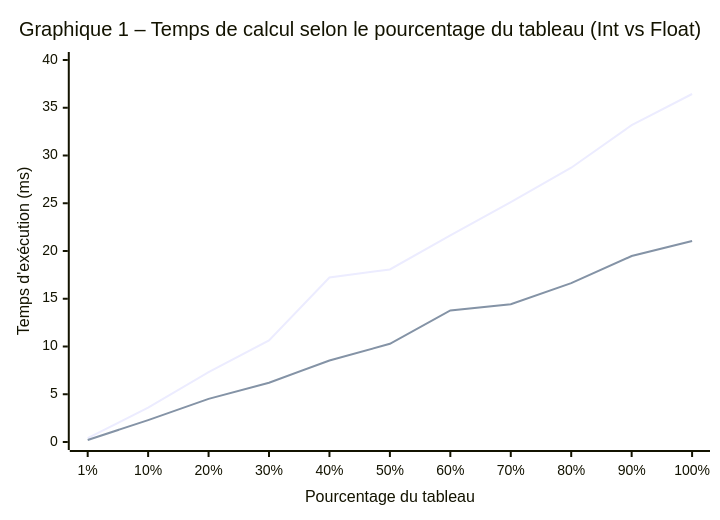
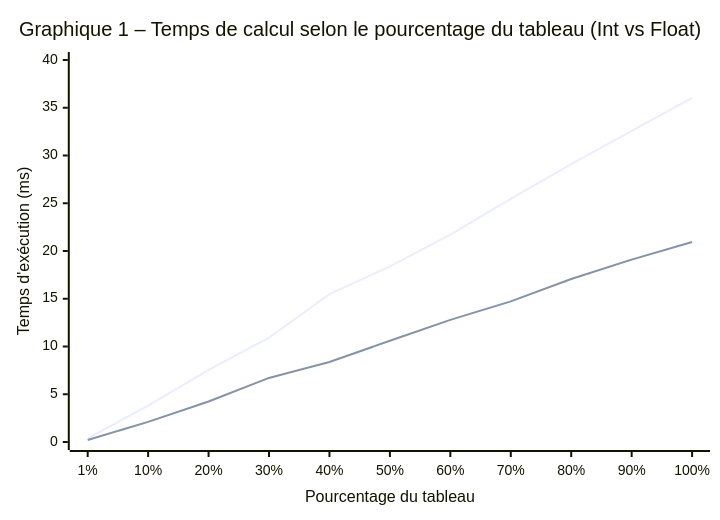
The diagram in TN4/Results-and-Instructions/Resultats-benchmarks-et-captures.md (moyamelissa/INF2007---Advanved-Programming), drawn with Mermaid before and after one commit. The commit also changed other lines of this file and 5 other files, not shown here.

````diff
--- a/TN4/Results-and-Instructions/Resultats-benchmarks-et-captures.md
+++ b/TN4/Results-and-Instructions/Resultats-benchmarks-et-captures.md
@@ -59,9 +59,9 @@
 ```mermaid
 %%{init: {'theme': 'default', 'themeVariables': {'xyChart': {'backgroundColor': '#ffffff'}}}}%%
 xychart-beta
     title "Graphique 1 – Temps de calcul selon le pourcentage du tableau (Int vs Float)"
     x-axis "Pourcentage du tableau" ["1%", "10%", "20%", "30%", "40%", "50%", "60%", "70%", "80%", "90%", "100%"]
     y-axis "Temps d'exécution (ms)" 0 --> 40
-    line [0.41, 3.59, 7.31, 10.63, 17.22, 18.07, 21.63, 25.13, 28.72, 33.18, 36.44]
-    line [0.21, 2.29, 4.52, 6.21, 8.54, 10.28, 13.78, 14.42, 16.64, 19.47, 21.05]
+    line [0.39, 3.81, 7.55, 10.92, 15.48, 18.38, 21.71, 25.46, 29.09, 32.58, 36.03]
+    line [0.21, 2.11, 4.24, 6.71, 8.38, 10.60, 12.79, 14.72, 17.07, 19.10, 20.94]
 ```
````
